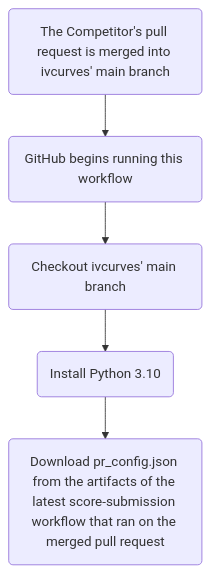
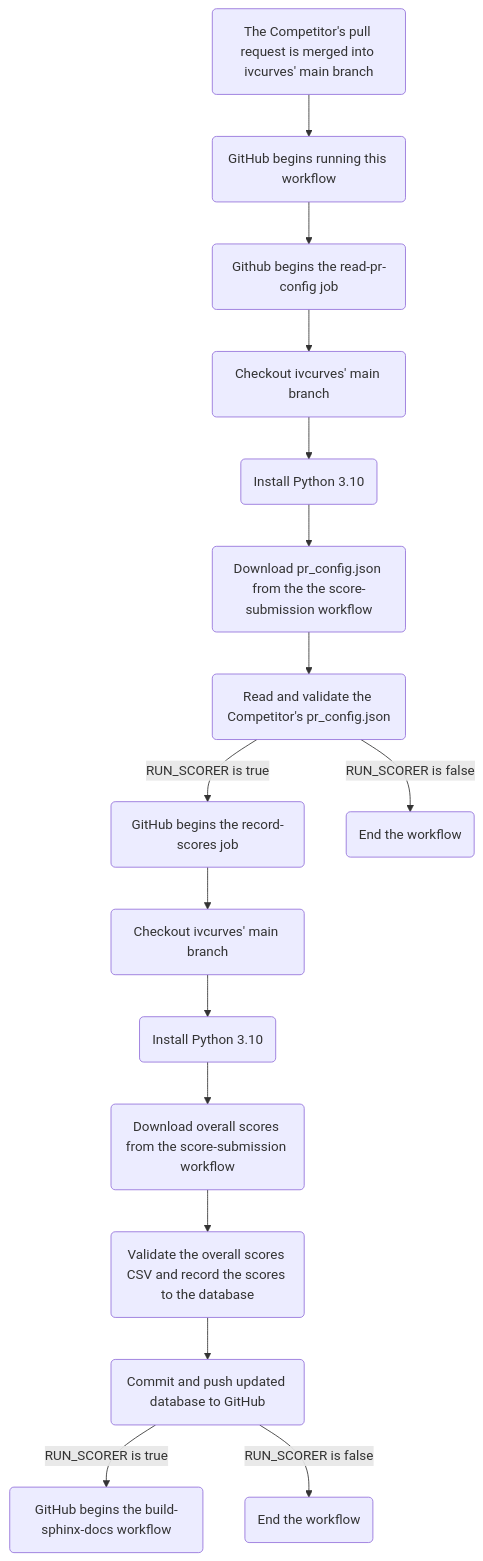
The diagram in docs/sphinx/source/reference/github_workflows/record_scores.rst (uofutahcapstoneahjregistryteam/ivcurves), drawn with Mermaid before and after one commit. The commit also changed 4 other files, not shown here.

Commit message:
adding flowcharts for GitHub workflows, adding more docstrings

```diff
--- a/docs/sphinx/source/reference/github_workflows/record_scores.rst
+++ b/docs/sphinx/source/reference/github_workflows/record_scores.rst
@@ -4,8 +4,23 @@
 .. mermaid::
 
    flowchart
    PullRequestMerged(The Competitor's pull request is merged into ivcurves' main branch) --> StartWorkflow(GitHub begins running this workflow)
 
-   StartWorkflow --> CheckoutIVCurvesBase(Checkout ivcurves' main branch)
-   CheckoutIVCurvesBase --> InstallPython310(Install Python 3.10)
-   InstallPython310 --> DownloadPRConfigFromPR(Download pr_config.json from the artifacts of the latest score-submission workflow that ran on the merged pull request)
+   StartWorkflow --> StartReadPRConfigJob(Github begins the read-pr-config job)
+   StartReadPRConfigJob --> CheckoutReadPRConfig(Checkout ivcurves' main branch)
+   CheckoutReadPRConfig --> InstallPython310(Install Python 3.10)
+   InstallPython310 --> DownloadPRConfigFromPR(Download pr_config.json from the the score-submission workflow)
+   DownloadPRConfigFromPR --> ReadPRConfig(Read and validate the Competitor's pr_config.json)
+
+   ReadPRConfig -->|RUN_SCORER is true| StartRecordScoresJob(GitHub begins the record-scores job)
+   ReadPRConfig -->|RUN_SCORER is false| TerminateWorkflow(End the workflow)
+
+   StartRecordScoresJob --> CheckoutRecordScores(Checkout ivcurves' main branch)
+   CheckoutRecordScores --> InstallPython310RecordScores(Install Python 3.10)
+   InstallPython310RecordScores --> DownloadOverallScores(Download overall scores from the score-submission workflow)
+   DownloadOverallScores --> ValidateAndRecordScores(Validate the overall scores CSV and record the scores to the database)
+
+   ValidateAndRecordScores --> CommitModifiedDatabase(Commit and push updated database to GitHub)
+
+   CommitModifiedDatabase -->|RUN_SCORER is true| StartBuildSphinxDocsWorkflow(GitHub begins the build-sphinx-docs workflow)
+   CommitModifiedDatabase -->|RUN_SCORER is false| TerminateWorkflowRecordScores(End the workflow)
```
